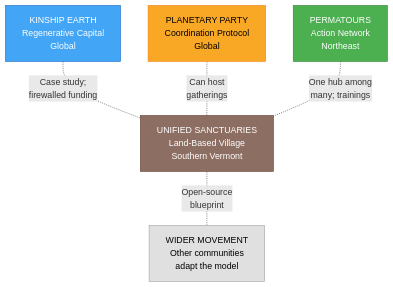
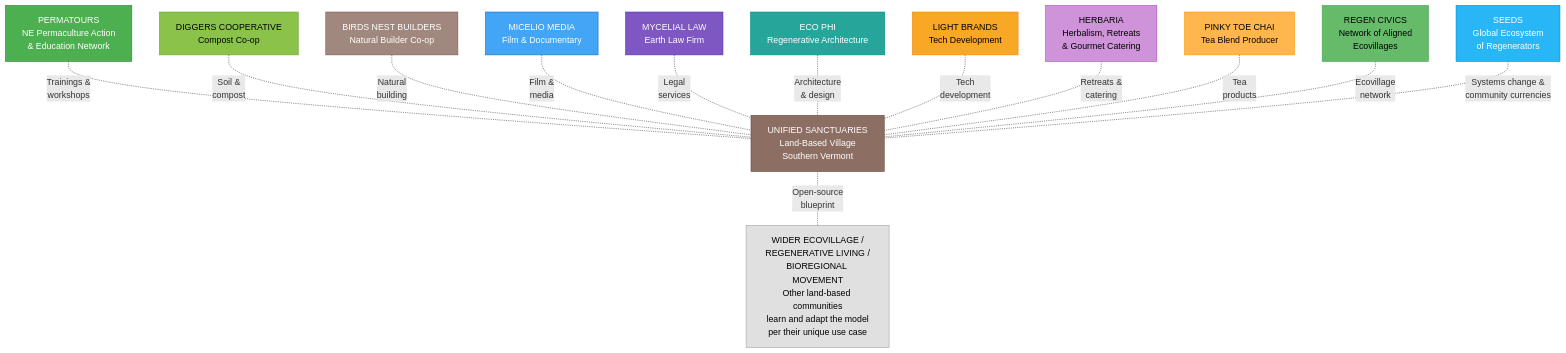
Before and after one commit to Light-Brands/sydney: the sixth of 6 diagrams in unified-sanctuaries/EXECUTIVE-SUMMARY.md, drawn with Mermaid. The commit also changed other lines of this file, not shown here.

First line of the commit message:
Update Executive Summary with revised capital targets, entity structure, and partnerships

````diff
--- a/unified-sanctuaries/EXECUTIVE-SUMMARY.md
+++ b/unified-sanctuaries/EXECUTIVE-SUMMARY.md
@@ -237,16 +252,32 @@
 ```mermaid
 flowchart TD
     US["UNIFIED SANCTUARIES<br/>Land-Based Village<br/>Southern Vermont"]
 
-    KE["KINSHIP EARTH<br/>Regenerative Capital<br/>Global"] -.-|"Case study;<br/>firewalled funding"| US
-    PP["PLANETARY PARTY<br/>Coordination Protocol<br/>Global"] -.-|"Can host<br/>gatherings"| US
-    PT["PERMATOURS<br/>Action Network<br/>Northeast"] -.-|"One hub among<br/>many; trainings"| US
+    PT["PERMATOURS<br/>NE Permaculture Action<br/>& Education Network"] -.-|"Trainings &<br/>workshops"| US
+    DG["DIGGERS COOPERATIVE<br/>Compost Co-op"] -.-|"Soil &<br/>compost"| US
+    BN["BIRDS NEST BUILDERS<br/>Natural Builder Co-op"] -.-|"Natural<br/>building"| US
+    MM["MICELIO MEDIA<br/>Film & Documentary"] -.-|"Film &<br/>media"| US
+    ML["MYCELIAL LAW<br/>Earth Law Firm"] -.-|"Legal<br/>services"| US
+    EP["ECO PHI<br/>Regenerative Architecture"] -.-|"Architecture<br/>& design"| US
+    LB["LIGHT BRANDS<br/>Tech Development"] -.-|"Tech<br/>development"| US
+    HB["HERBARIA<br/>Herbalism, Retreats<br/>& Gourmet Catering"] -.-|"Retreats &<br/>catering"| US
+    PT2["PINKY TOE CHAI<br/>Tea Blend Producer"] -.-|"Tea<br/>products"| US
+    RC["REGEN CIVICS<br/>Network of Aligned<br/>Ecovillages"] -.-|"Ecovillage<br/>network"| US
+    SD["SEEDS<br/>Global Ecosystem<br/>of Regenerators"] -.-|"Systems change &<br/>community currencies"| US
 
-    US -.-|"Open-source<br/>blueprint"| WIDER["WIDER MOVEMENT<br/>Other communities<br/>adapt the model"]
+    US -.-|"Open-source<br/>blueprint"| WIDER["WIDER ECOVILLAGE /<br/>REGENERATIVE LIVING /<br/>BIOREGIONAL MOVEMENT<br/>Other land-based communities<br/>learn and adapt the model<br/>per their unique use case"]
 
     style US fill:#8D6E63,stroke:#5D4037,color:#fff
-    style KE fill:#42A5F5,stroke:#1565C0,color:#fff
-    style PP fill:#F9A825,stroke:#F57F17,color:#000
     style PT fill:#4CAF50,stroke:#2E7D32,color:#fff
+    style DG fill:#8BC34A,stroke:#689F38,color:#000
+    style BN fill:#A1887F,stroke:#795548,color:#fff
+    style MM fill:#42A5F5,stroke:#1565C0,color:#fff
+    style ML fill:#7E57C2,stroke:#512DA8,color:#fff
+    style EP fill:#26A69A,stroke:#00897B,color:#fff
+    style LB fill:#F9A825,stroke:#F57F17,color:#000
+    style HB fill:#CE93D8,stroke:#AB47BC,color:#000
+    style PT2 fill:#FFB74D,stroke:#FF9800,color:#000
+    style RC fill:#66BB6A,stroke:#43A047,color:#000
+    style SD fill:#29B6F6,stroke:#0288D1,color:#fff
     style WIDER fill:#E0E0E0,stroke:#9E9E9E,color:#000
 ```
````
